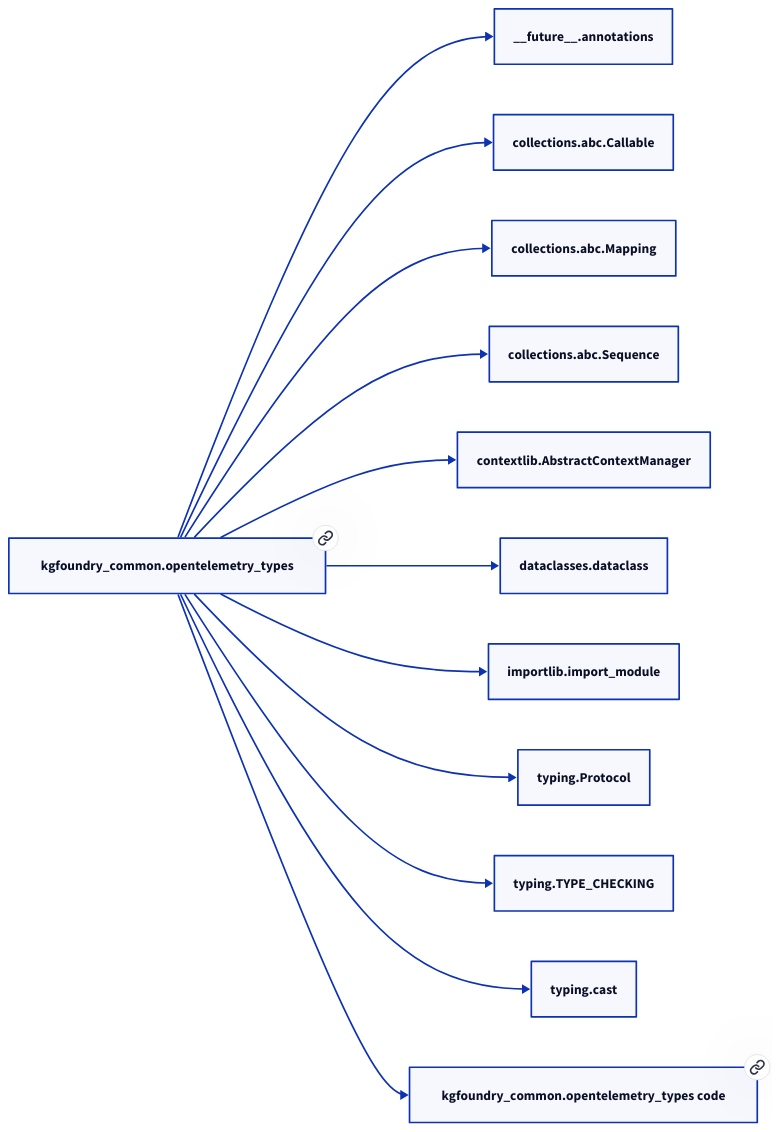
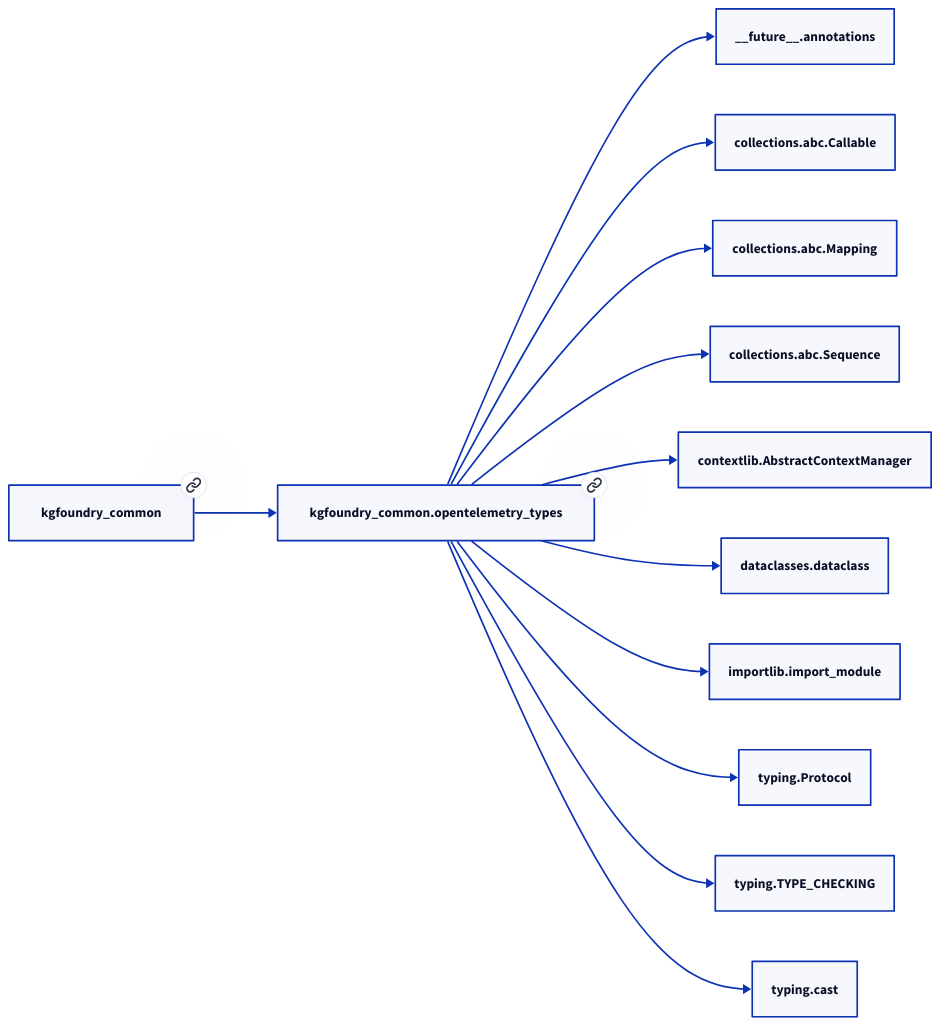
The second of 2 diagrams in docs/modules/kgfoundry_common/opentelemetry_types.md (paul-heyse/kgforge), drawn with D2 before and after one commit. The commit also changed other lines of this file and 208 other files, not shown here.

````diff
--- a/docs/modules/kgfoundry_common/opentelemetry_types.md
+++ b/docs/modules/kgfoundry_common/opentelemetry_types.md
@@ -120,26 +124,26 @@
 ```d2
 direction: right
-"kgfoundry_common.opentelemetry_types": "kgfoundry_common.opentelemetry_types" { link: "./kgfoundry_common/opentelemetry_types.md" }
+"kgfoundry_common.opentelemetry_types": "kgfoundry_common.opentelemetry_types" { link: "https://github.com/paul-heyse/kgfoundry/blob/main/src/kgfoundry_common/opentelemetry_types.py" }
 "__future__.annotations": "__future__.annotations"
 "kgfoundry_common.opentelemetry_types" -> "__future__.annotations"
 "collections.abc.Callable": "collections.abc.Callable"
 "kgfoundry_common.opentelemetry_types" -> "collections.abc.Callable"
 "collections.abc.Mapping": "collections.abc.Mapping"
 "kgfoundry_common.opentelemetry_types" -> "collections.abc.Mapping"
 "collections.abc.Sequence": "collections.abc.Sequence"
 "kgfoundry_common.opentelemetry_types" -> "collections.abc.Sequence"
 "contextlib.AbstractContextManager": "contextlib.AbstractContextManager"
 "kgfoundry_common.opentelemetry_types" -> "contextlib.AbstractContextManager"
 "dataclasses.dataclass": "dataclasses.dataclass"
 "kgfoundry_common.opentelemetry_types" -> "dataclasses.dataclass"
 "importlib.import_module": "importlib.import_module"
 "kgfoundry_common.opentelemetry_types" -> "importlib.import_module"
 "typing.Protocol": "typing.Protocol"
 "kgfoundry_common.opentelemetry_types" -> "typing.Protocol"
 "typing.TYPE_CHECKING": "typing.TYPE_CHECKING"
 "kgfoundry_common.opentelemetry_types" -> "typing.TYPE_CHECKING"
 "typing.cast": "typing.cast"
 "kgfoundry_common.opentelemetry_types" -> "typing.cast"
-"kgfoundry_common.opentelemetry_types_code": "kgfoundry_common.opentelemetry_types code" { link: "https://github.com/kgfoundry/kgfoundry/blob/main/src/kgfoundry_common/opentelemetry_types.py" }
-"kgfoundry_common.opentelemetry_types" -> "kgfoundry_common.opentelemetry_types_code" { style: dashed }
+"kgfoundry_common": "kgfoundry_common" { link: "https://github.com/paul-heyse/kgfoundry/blob/main/src/kgfoundry_common/__init__.py" }
+"kgfoundry_common" -> "kgfoundry_common.opentelemetry_types" { style: dashed }
 ```
````
